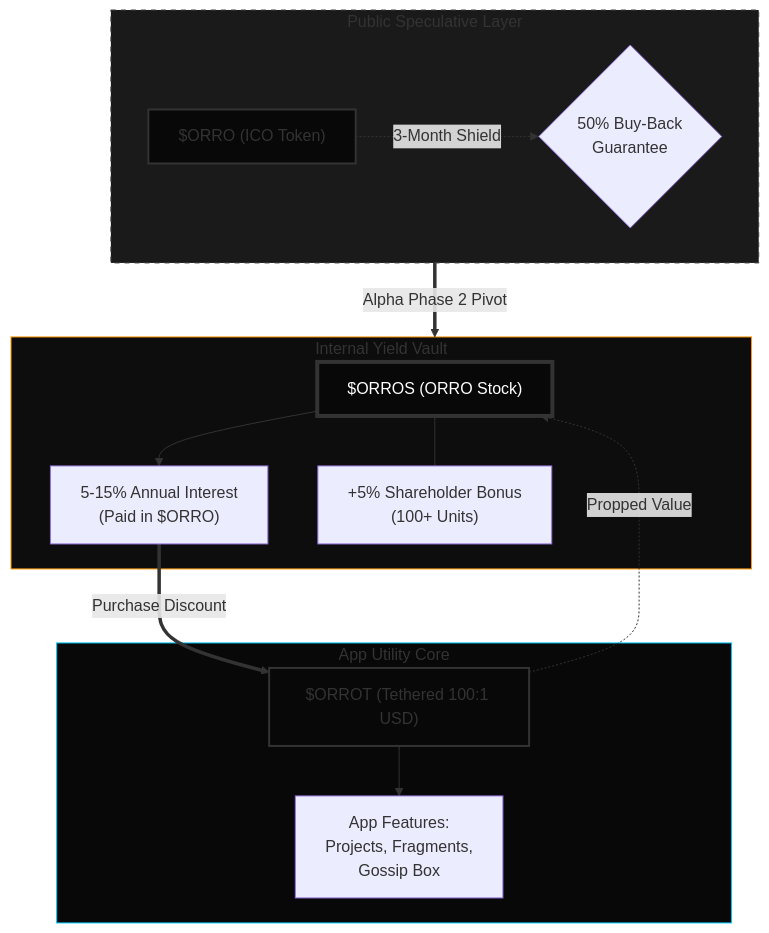
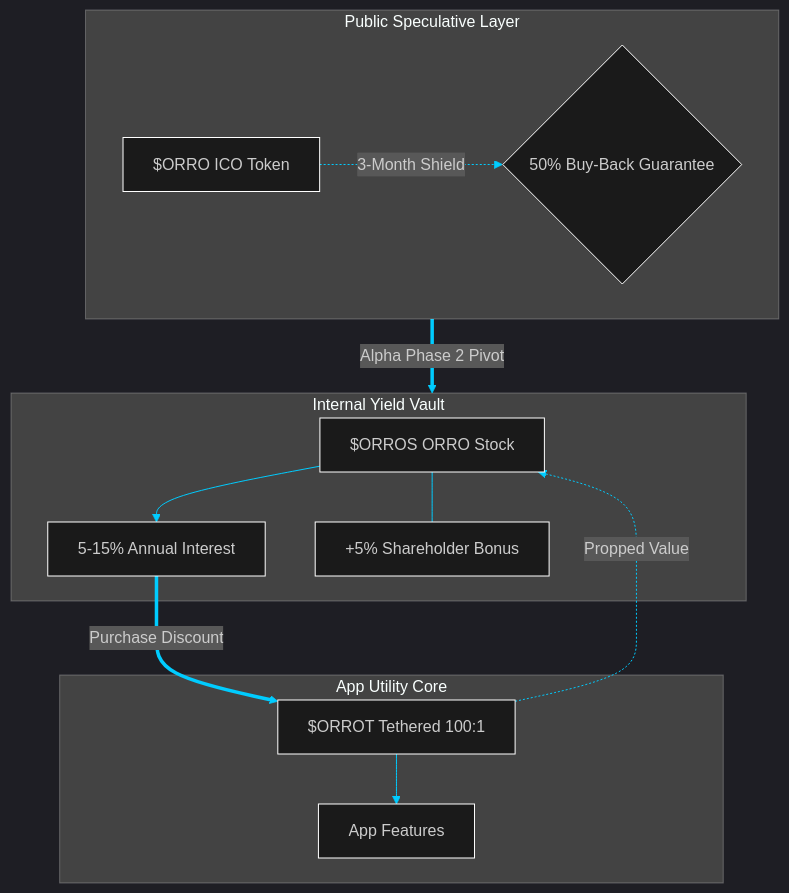
Before and after one commit to orroprotocol/core: the diagram in blog/README.md, drawn with Mermaid. The commit also changed other lines of this file, not shown here.

````diff
--- a/blog/README.md
+++ b/blog/README.md
@@ -1,42 +1,40 @@
 ```mermaid
+%%{init: {
+  'theme': 'dark',
+  'themeVariables': {
+    'darkMode': true,
+    'primaryColor': '#ff9900',
+    'primaryTextColor': '#ffffff',
+    'lineColor': '#00ccff',
+    'mainBkg': '#1a1a1a',
+    'nodeBorder': '#ffffff'
+  }
+} }%%
 graph TD
-    %% Outer Speculative Layer
     subgraph Public_Market [Public Speculative Layer]
-        ORRO["$ORRO (ICO Token)"]
-        BuyBack{"50% Buy-Back<br/>Guarantee"}
+        ORRO["$ORRO ICO Token"]
+        BuyBack{"50% Buy-Back Guarantee"}
         ORRO -.->|3-Month Shield| BuyBack
     end
 
-    %% The Pivot Mechanism
     Public_Market ==>|Alpha Phase 2 Pivot| Equity_Layer
 
-    %% Internal Equity Layer
     subgraph Equity_Layer [Internal Yield Vault]
-        ORROS["$ORROS (ORRO Stock)"]
-        Yield["5-15% Annual Interest<br/>(Paid in $ORRO)"]
-        Bonus["+5% Shareholder Bonus<br/>(100+ Units)"]
+        ORROS["$ORROS ORRO Stock"]
+        Yield["5-15% Annual Interest"]
+        Bonus["+5% Shareholder Bonus"]
         
         ORROS --> Yield
         ORROS --- Bonus
     end
 
-    %% The Utility Core
     subgraph Utility_Core [App Utility Core]
-        ORROT["$ORROT (Tethered 100:1 USD)"]
-        App["App Features:<br/>Projects, Fragments,<br/>Gossip Box"]
+        ORROT["$ORROT Tethered 100:1"]
+        App["App Features"]
         
         ORROT --> App
     end
 
-    %% The Winning Gambit Loops
     Yield ==>|Purchase Discount| ORROT
     ORROT -.->|Propped Value| ORROS
-    
-    %% Styling
-    style ORRO fill:#080808,stroke:#333,stroke-width:2px
-    style ORROS fill:#080808,stroke:#333,stroke-width:4px,color:#fff
-    style ORROT fill:#080808,stroke:#333,stroke-width:2px
-    style Public_Market fill:#1a1a1a,stroke:#444,stroke-dasharray: 5 5
-    style Equity_Layer fill:#0d0d0d,stroke:#ff9900
-    style Utility_Core fill:#080808,stroke:#00ccff
 ```
````
